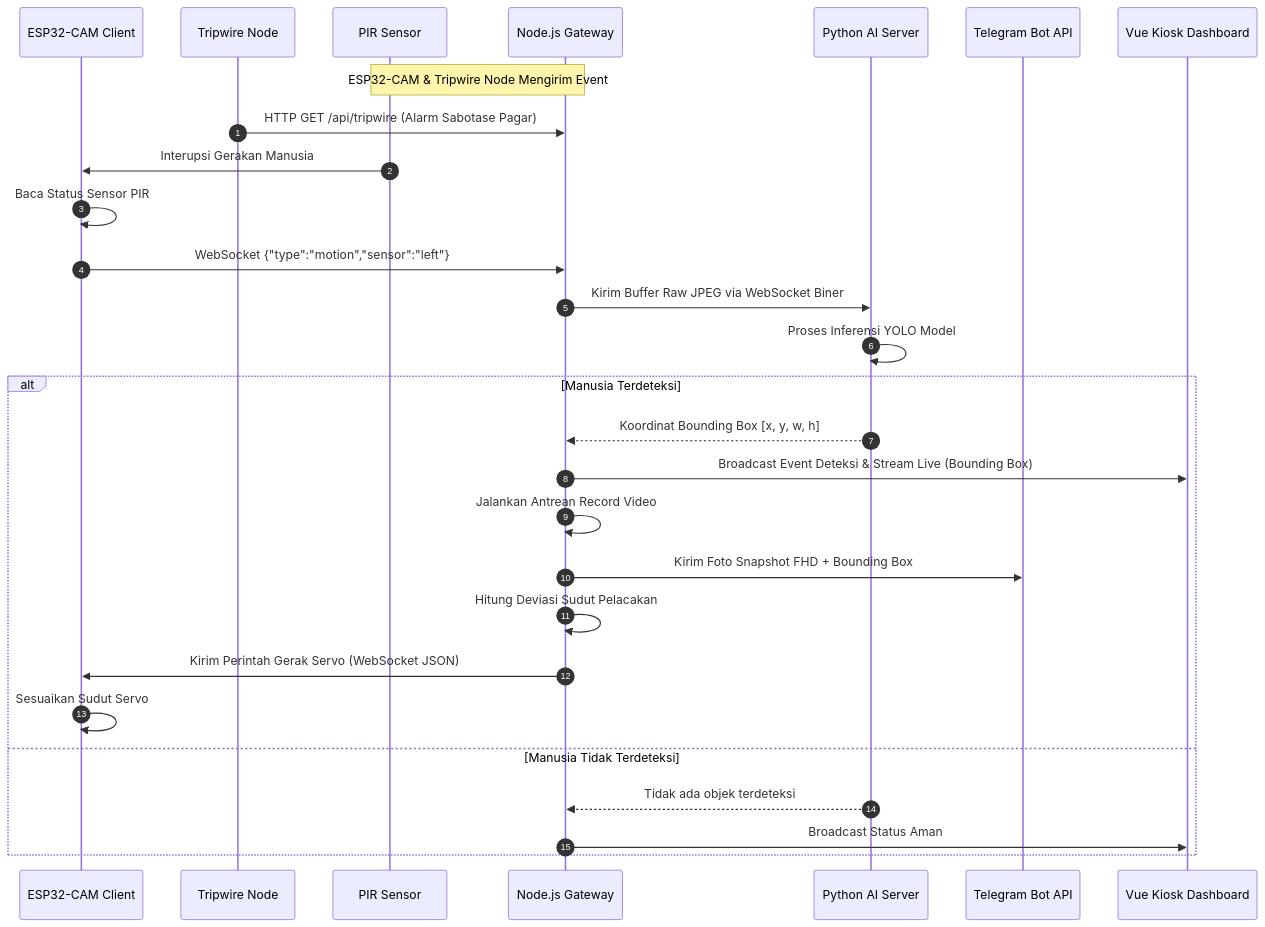
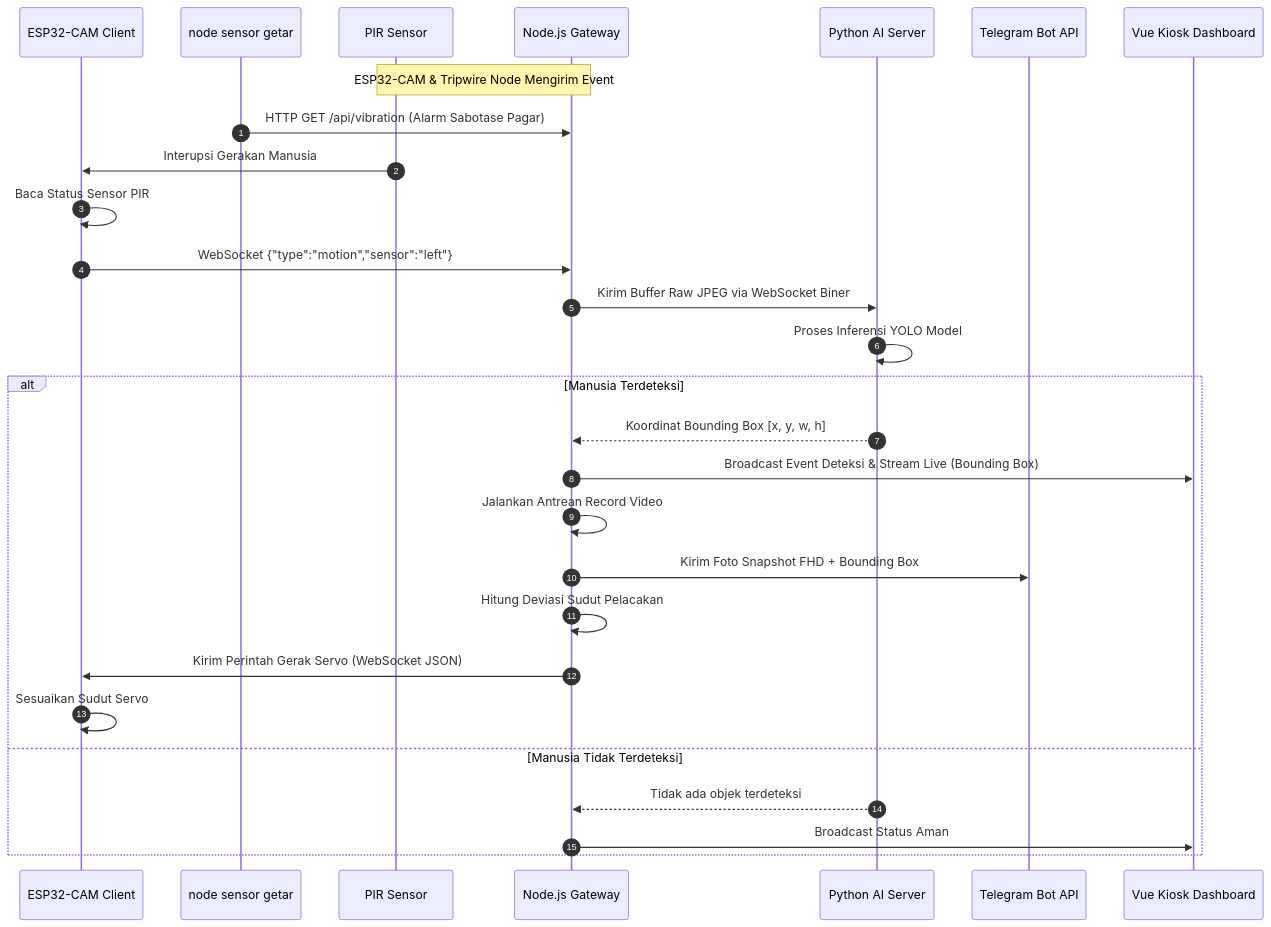
One commit to afandihrp/Sistem-Monitoring-Lahan-berbasis-ESP32CAM-relatif-murah changed the third of 9 diagrams in zbuku/buku.md. Above: the diagram before and after it, drawn with Mermaid. The commit also changed other lines of this file and 8 other files, not shown here.

````diff
--- a/zbuku/buku.md
+++ b/zbuku/buku.md
@@ -886,31 +886,31 @@
 ```mermaid
 sequenceDiagram
     autonumber
     participant ESP32 as ESP32-CAM Client
-    participant Tripwire as Tripwire Node
+    participant sensorgetar as node sensor getar
     participant PIR as PIR Sensor
     participant Node as Node.js Gateway
     participant AI as Python AI Server
     participant Tele as Telegram Bot API
     participant Kiosk as Vue Kiosk Dashboard
 
     Note over PIR,Node: ESP32-CAM & Tripwire Node Mengirim Event
-    Tripwire->>Node: HTTP GET /api/tripwire (Alarm Sabotase Pagar)
+    sensorgetar->>Node: HTTP GET /api/vibration (Alarm Sabotase Pagar)
     PIR->>ESP32: Interupsi Gerakan Manusia
     ESP32->>ESP32: Baca Status Sensor PIR
     ESP32->>Node: WebSocket {"type":"motion","sensor":"left"}
     Node->>AI: Kirim Buffer Raw JPEG via WebSocket Biner
     AI->>AI: Proses Inferensi YOLO Model
     alt Manusia Terdeteksi
         AI-->>Node: Koordinat Bounding Box [x, y, w, h]
         Node->>Kiosk: Broadcast Event Deteksi & Stream Live (Bounding Box)
         Node->>Node: Jalankan Antrean Record Video
         Node->>Tele: Kirim Foto Snapshot FHD + Bounding Box
         Node->>Node: Hitung Deviasi Sudut Pelacakan
         Node->>ESP32: Kirim Perintah Gerak Servo (WebSocket JSON)
         ESP32->>ESP32: Sesuaikan Sudut Servo
     else Manusia Tidak Terdeteksi
         AI-->>Node: Tidak ada objek terdeteksi
         Node->>Kiosk: Broadcast Status Aman
     end
 ```
````
